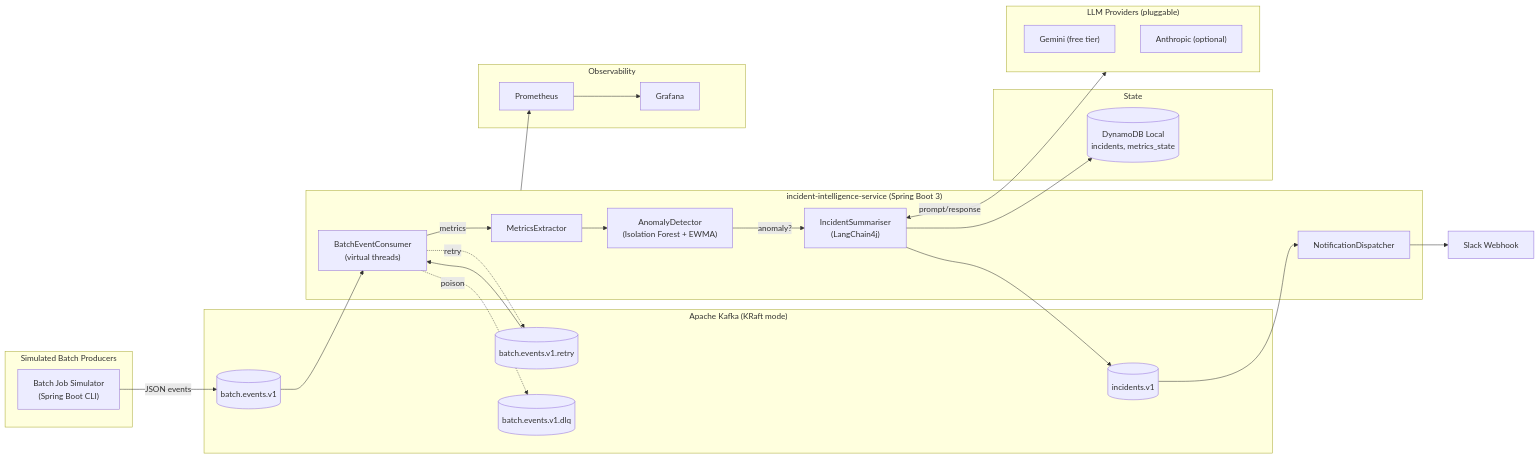
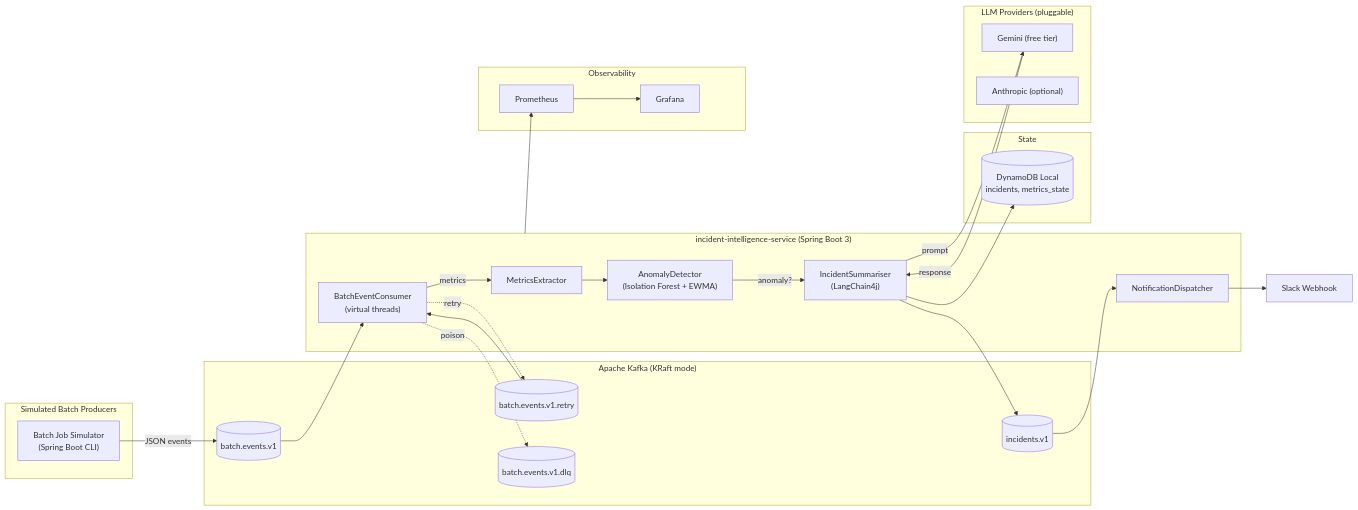
The first of 3 diagrams in docs/architecture.md (BibinFrancisK/intelligent-batch-incident-handler), drawn with Mermaid before and after one commit. The commit also changed other lines of this file, not shown here.

Commit message:
fix(docs): correct mermaid diagram syntax in architecture.md
Edge to subgraph ID is unreliable in Mermaid - split into two directed arrows
targeting the Gemini node inside the LLM subgraph. Replace Unicode right-arrow
in sequence diagram participant alias with ASCII slash to avoid lexer issues.

````diff
--- a/docs/architecture.md
+++ b/docs/architecture.md
@@ -5,55 +5,56 @@
 ```mermaid
 flowchart LR
     subgraph PROD["Simulated Batch Producers"]
         P1["Batch Job Simulator\n(Spring Boot CLI)"]
     end
 
     subgraph KAFKA["Apache Kafka (KRaft mode)"]
         T1[("batch.events.v1")]
         T2[("batch.events.v1.retry")]
         T3[("batch.events.v1.dlq")]
         T4[("incidents.v1")]
     end
 
     subgraph APP["incident-intelligence-service (Spring Boot 3)"]
         C1["BatchEventConsumer\n(virtual threads)"]
         M1["MetricsExtractor"]
         A1["AnomalyDetector\n(Isolation Forest + EWMA)"]
         L1["IncidentSummariser\n(LangChain4j)"]
         N1["NotificationDispatcher"]
     end
 
     subgraph STORE["State"]
         D1[("DynamoDB Local\nincidents, metrics_state")]
     end
 
     subgraph OBS["Observability"]
         PR["Prometheus"]
         GR["Grafana"]
     end
 
     subgraph LLM["LLM Providers (pluggable)"]
         G1["Gemini (free tier)"]
         AN["Anthropic (optional)"]
     end
 
     SL["Slack Webhook"]
 
     P1 -->|JSON events| T1
     T1 --> C1
     C1 -->|metrics| M1
     M1 --> A1
     A1 -->|anomaly?| L1
-    L1 <-->|prompt/response| LLM
+    L1 -->|prompt| G1
+    G1 -->|response| L1
     L1 --> T4
     L1 --> D1
     N1 --> SL
     T4 --> N1
 
     C1 -.retry.-> T2
     T2 --> C1
     C1 -.poison.-> T3
 
     APP --> PR
     PR --> GR
 ```
````
